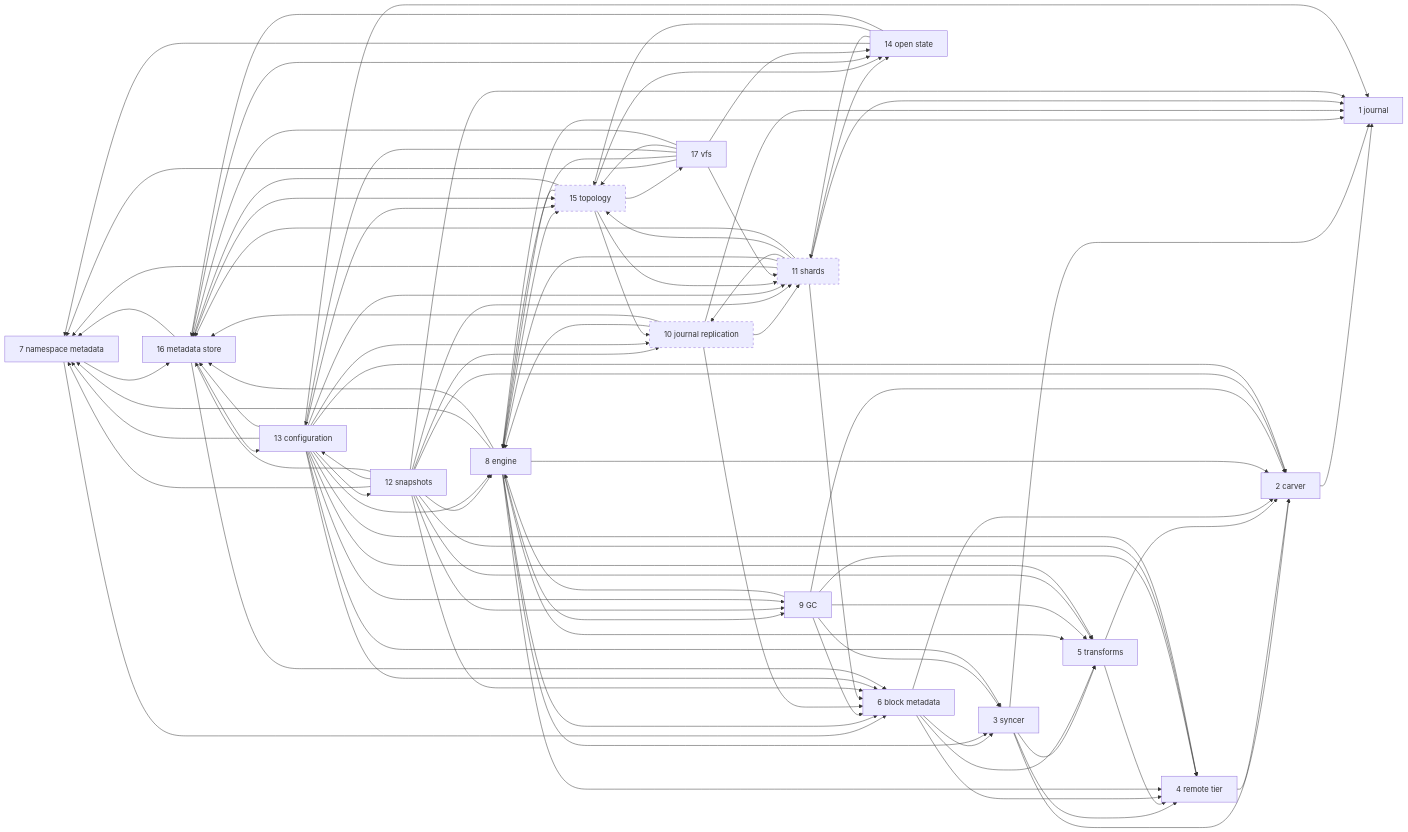
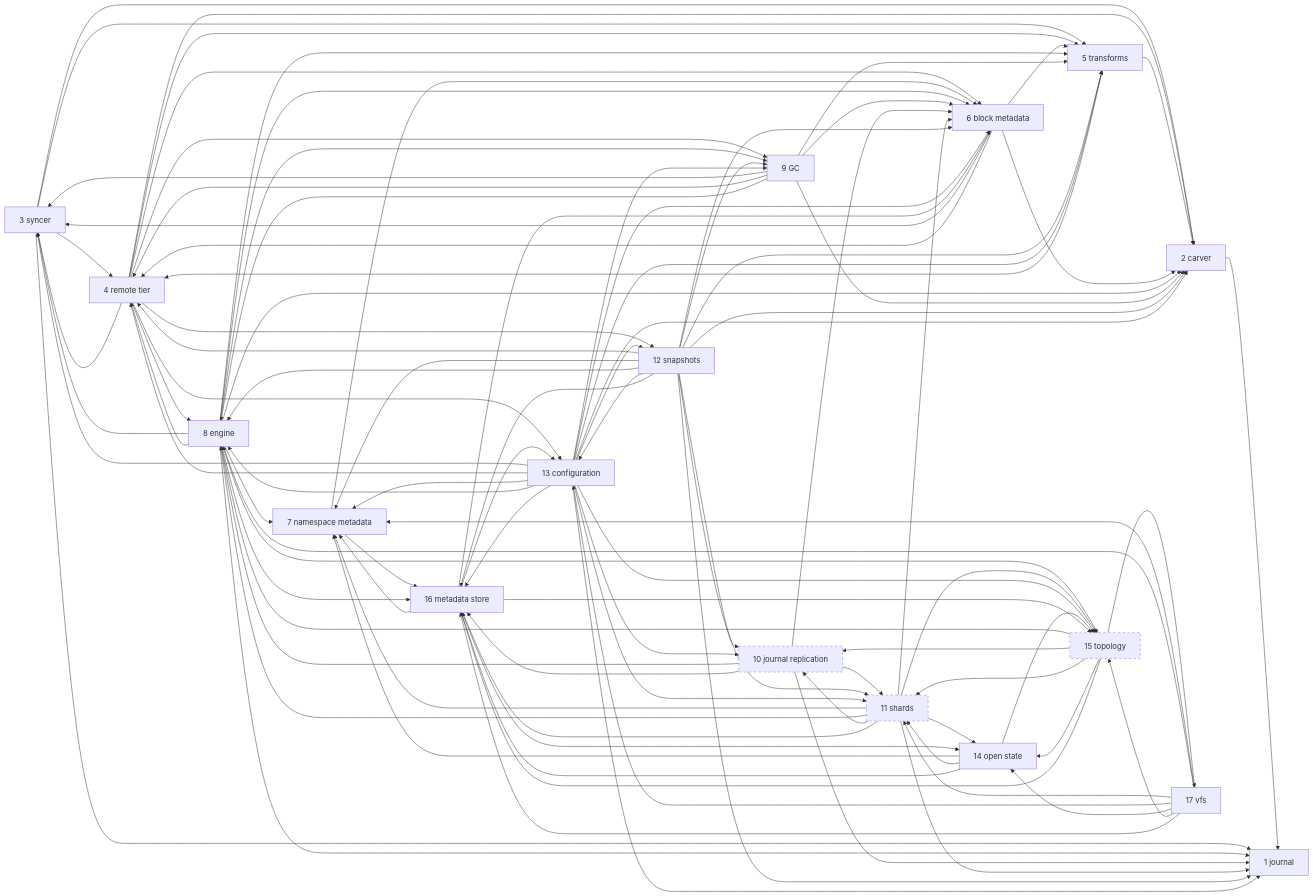
The diagram in docs/internals/rfcs/rfc-index.md (marmos91/dittofs), drawn with Mermaid before and after one commit. The commit also changed other lines of this file and 18 other files, not shown here.

````diff
--- a/docs/internals/rfcs/rfc-index.md
+++ b/docs/internals/rfcs/rfc-index.md
@@ -65,23 +65,23 @@
 ```mermaid
 graph LR
   R1["1 journal"]
   R2["2 carver"] --> R1
   R3["3 syncer"] --> R1 & R2 & R4 & R5
-  R4["4 remote tier"] --> R2
+  R4["4 remote tier"] --> R2 & R3 & R5 & R6 & R8 & R9 & R12 & R13
   R5["5 transforms"] --> R2 & R4
   R6["6 block metadata"] --> R2 & R3 & R4 & R5
   R7["7 namespace metadata"] --> R6 & R16
   R8["8 engine"] --> R1 & R2 & R3 & R4 & R5 & R6 & R7 & R9 & R15 & R16
   R9["9 GC"] --> R2 & R3 & R4 & R5 & R6 & R8
   R10["10 journal replication"] --> R1 & R6 & R8 & R11 & R16
   R11["11 shards"] --> R1 & R6 & R7 & R8 & R10 & R14 & R15 & R16
   R12["12 snapshots"] --> R1 & R2 & R4 & R5 & R6 & R7 & R8 & R9 & R10 & R11 & R13 & R16
   R13["13 configuration"] --> R1 & R2 & R3 & R4 & R5 & R6 & R7 & R8 & R9 & R10 & R11 & R12 & R15 & R16
   R14["14 open state"] --> R7 & R11 & R15 & R16
   R15["15 topology"] --> R8 & R10 & R11 & R14 & R16 & R17
   R16["16 metadata store"] --> R6 & R7 & R13 & R14 & R15
   R17["17 vfs"] --> R7 & R8 & R11 & R13 & R14 & R15 & R16
   style R10 stroke-dasharray: 5 5
   style R11 stroke-dasharray: 5 5
   style R15 stroke-dasharray: 5 5
 ```
````
